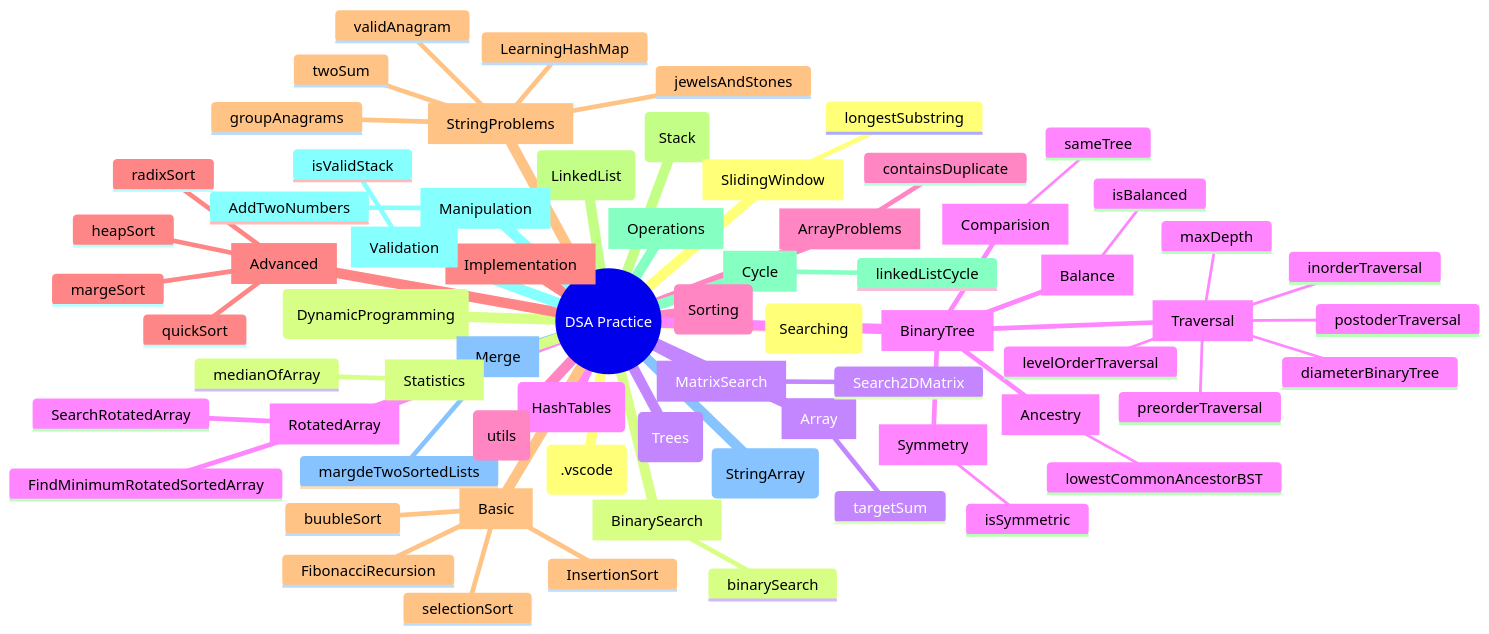
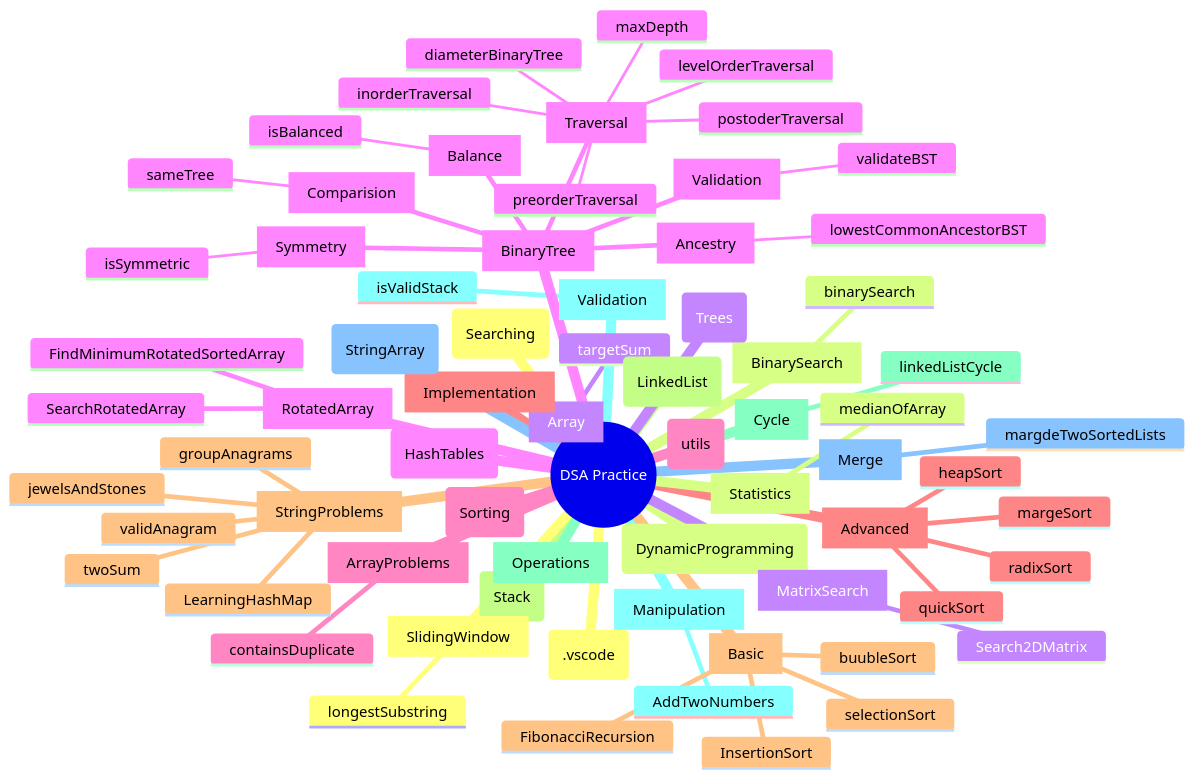
One commit to Emilio-Ramirez/AlgorithmIntro changed the diagram in README.md. Above: the diagram before and after it, drawn with Mermaid. The commit also changed 2 other files, not shown here.

Commit message:
ValidateBinarySearchTree

````diff
--- a/README.md
+++ b/README.md
@@ -7,71 +7,73 @@
 ```mermaid
 mindmap
 root((DSA Practice))
   (.vscode)
   (DynamicProgramming)
   [Array]
     targetSum
   (HashTables)
   [ArrayProblems]
     containsDuplicate
   [Implementation]
   [StringProblems]
     LearningHashMap
     groupAnagrams
     jewelsAndStones
     twoSum
     validAnagram
   (LinkedList)
   [Cycle]
     linkedListCycle
   [Manipulation]
     AddTwoNumbers
   [Merge]
     margdeTwoSortedLists
   (Searching)
   [BinarySearch]
     binarySearch
   [MatrixSearch]
     Search2DMatrix
   [RotatedArray]
     FindMinimumRotatedSortedArray
     SearchRotatedArray
   (Sorting)
   [Advanced]
     heapSort
     margeSort
     quickSort
     radixSort
   [Basic]
     FibonacciRecursion
     InsertionSort
     buubleSort
     selectionSort
   (Stack)
   [Operations]
   [Validation]
     isValidStack
   (StringArray)
   [SlidingWindow]
     longestSubstring
   [Statistics]
     medianOfArray
   (Trees)
   [BinaryTree]
     [Ancestry]
       lowestCommonAncestorBST
     [Balance]
       isBalanced
     [Comparision]
       sameTree
     [Symmetry]
       isSymmetric
     [Traversal]
       diameterBinaryTree
       inorderTraversal
       levelOrderTraversal
       maxDepth
       postoderTraversal
       preorderTraversal
+    [Validation]
+      validateBST
   (utils)
 ```
````
